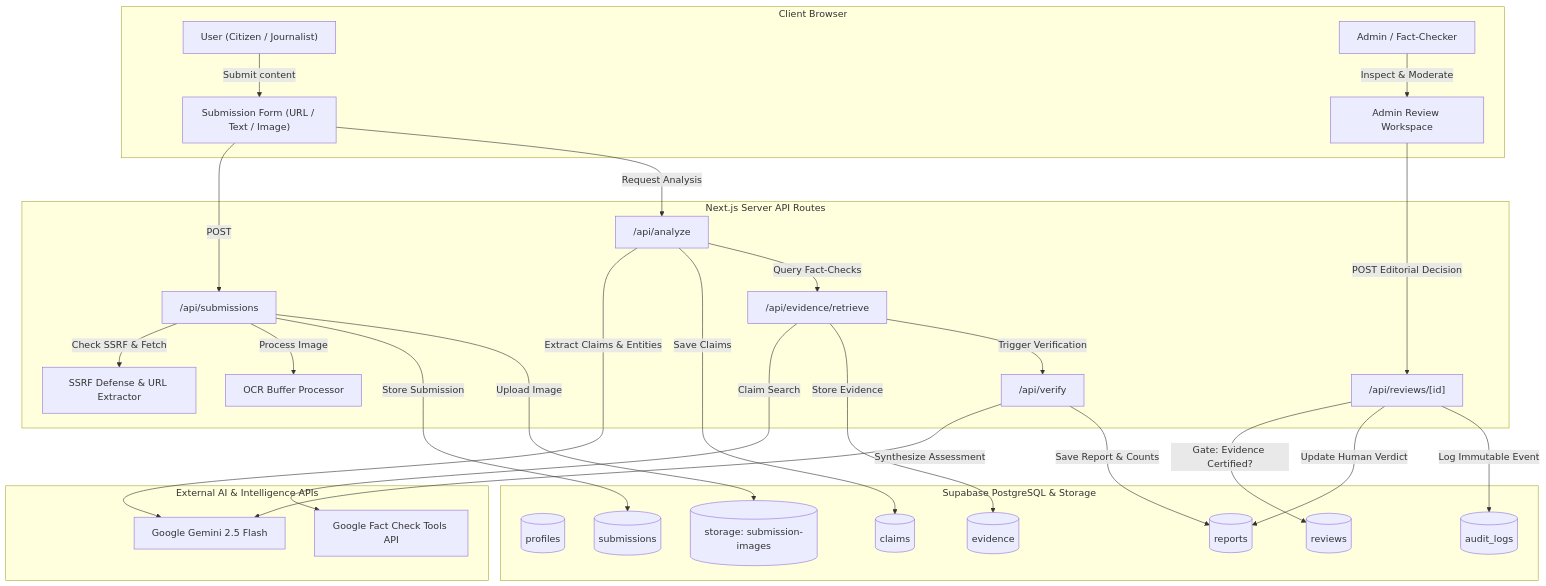
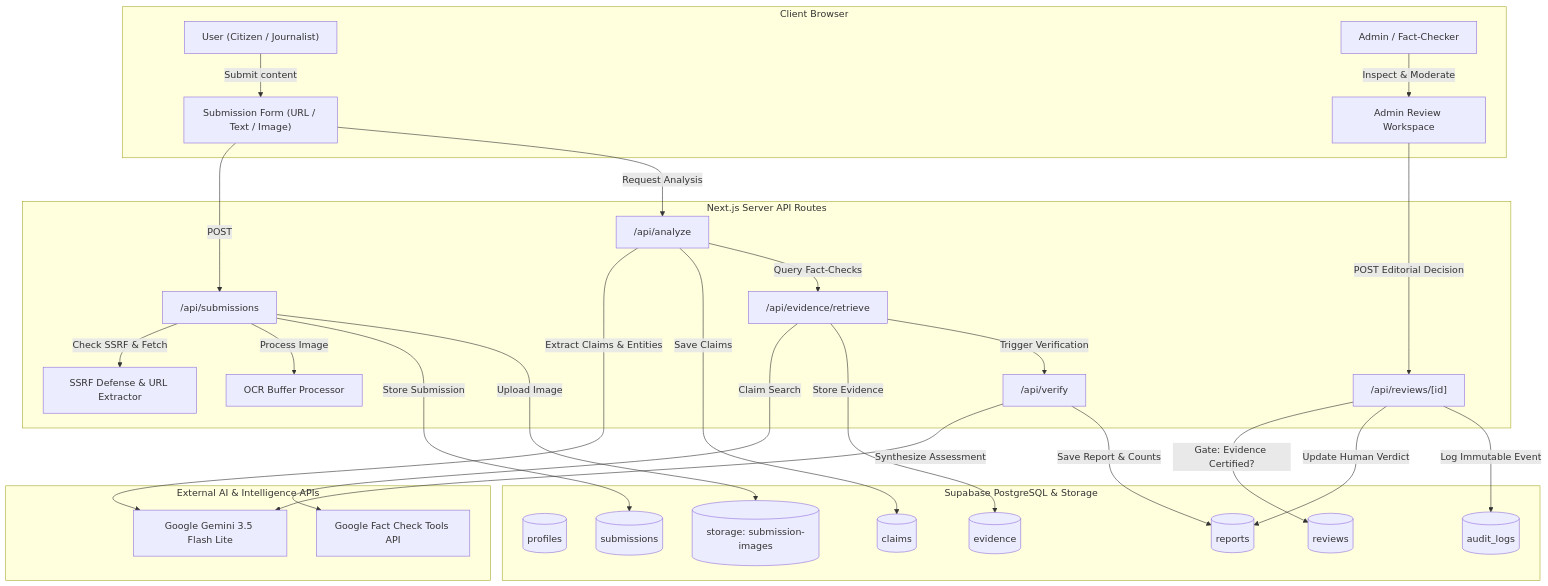
One commit to Abhishek9885/TruthLens-AI changed the diagram in README.md. Above: the diagram before and after it, drawn with Mermaid. The commit also changed other lines of this file and 4 other files, not shown here.

Commit message:
refactor: update default Gemini model to gemini-3.5-flash-lite

````diff
--- a/README.md
+++ b/README.md
@@ -87,60 +87,60 @@
 ```mermaid
 flowchart TD
     subgraph Client ["Client Browser"]
         U["User (Citizen / Journalist)"]
         ADM["Admin / Fact-Checker"]
         UF["Submission Form (URL / Text / Image)"]
         RW["Admin Review Workspace"]
     end
 
     subgraph Server ["Next.js Server API Routes"]
         SUB["/api/submissions"]
         SSRF["SSRF Defense & URL Extractor"]
         OCR["OCR Buffer Processor"]
         ANL["/api/analyze"]
         EVD["/api/evidence/retrieve"]
         VRF["/api/verify"]
         REV["/api/reviews/[id]"]
     end
 
     subgraph External ["External AI & Intelligence APIs"]
-        GEM["Google Gemini 2.5 Flash"]
+        GEM["Google Gemini 3.5 Flash Lite"]
         FC["Google Fact Check Tools API"]
     end
 
     subgraph DB ["Supabase PostgreSQL & Storage"]
         P_TBL[("profiles")]
         S_TBL[("submissions")]
         C_TBL[("claims")]
         E_TBL[("evidence")]
         R_TBL[("reports")]
         REV_TBL[("reviews")]
         A_TBL[("audit_logs")]
         STRG[("storage: submission-images")]
     end
 
     U -->|Submit content| UF
     UF -->|POST| SUB
     SUB -->|Check SSRF & Fetch| SSRF
     SUB -->|Process Image| OCR
     SUB -->|Store Submission| S_TBL
     SUB -->|Upload Image| STRG
 
     UF -->|Request Analysis| ANL
     ANL -->|Extract Claims & Entities| GEM
     ANL -->|Save Claims| C_TBL
 
     ANL -->|Query Fact-Checks| EVD
     EVD -->|Claim Search| FC
     EVD -->|Store Evidence| E_TBL
 
     EVD -->|Trigger Verification| VRF
     VRF -->|Synthesize Assessment| GEM
     VRF -->|Save Report & Counts| R_TBL
 
     ADM -->|Inspect & Moderate| RW
     RW -->|POST Editorial Decision| REV
     REV -->|Gate: Evidence Certified?| REV_TBL
     REV -->|Update Human Verdict| R_TBL
     REV -->|Log Immutable Event| A_TBL
 ```
````
